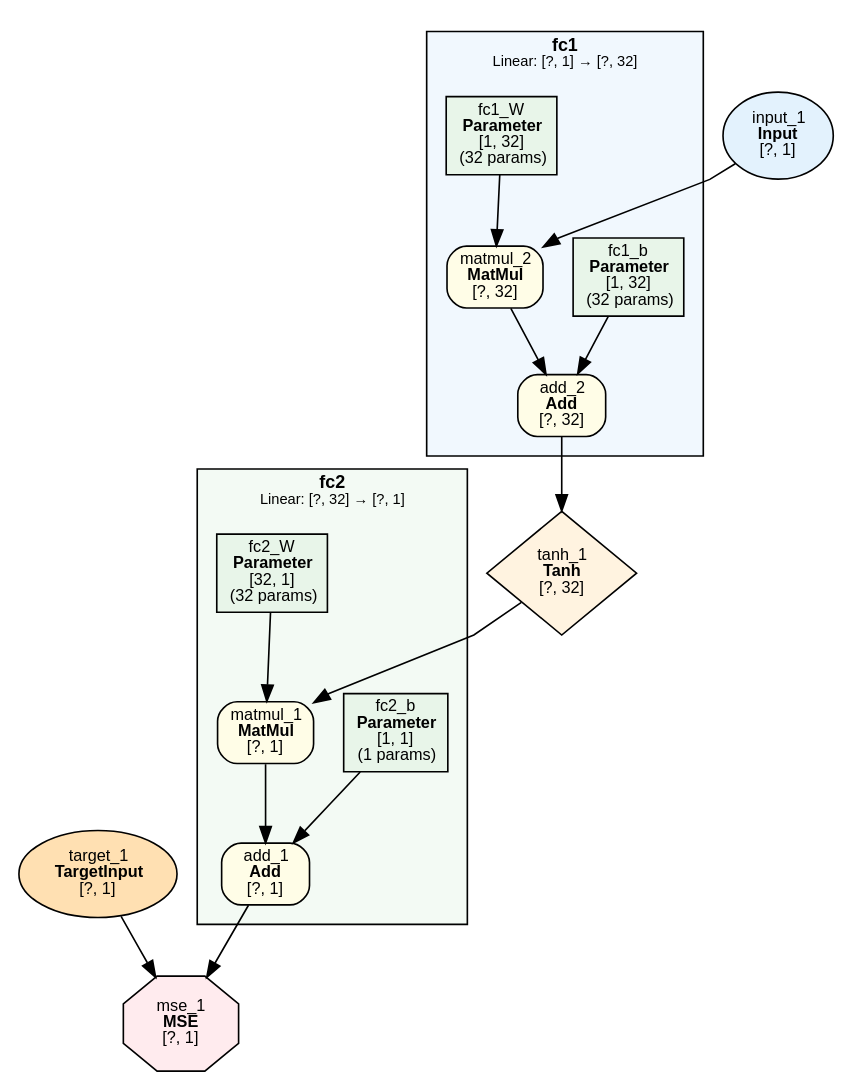
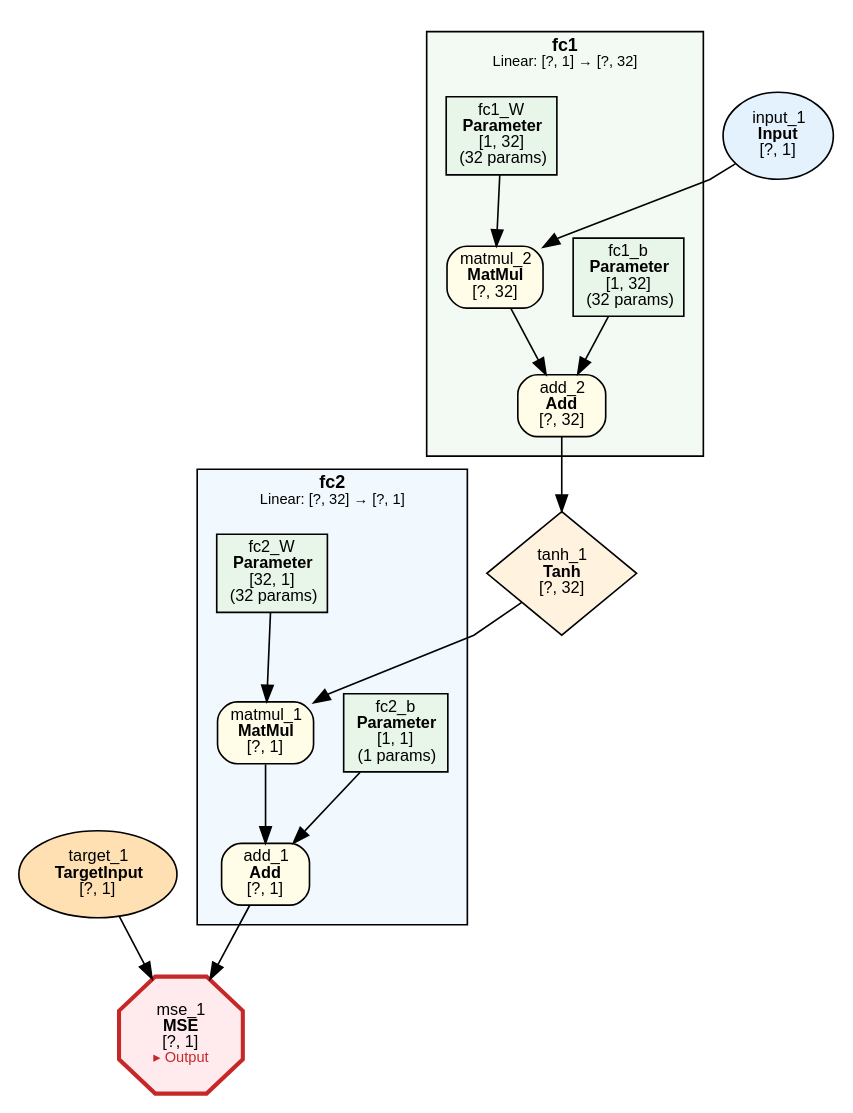
One commit to dbsxdbsx/only_torch changed the diagram in examples/sine_regression/sine_regression.dot. Above: the diagram before and after it, drawn with Graphviz. The commit also changed 48 other files, not shown here.

```diff
--- a/examples/sine_regression/sine_regression.dot
+++ b/examples/sine_regression/sine_regression.dot
@@ -1,50 +1,50 @@
 digraph ComputeGraph {
     rankdir=TB;
     newrank=true;
     splines=polyline;
     node [fontname="Microsoft YaHei,SimHei,Arial"];
     edge [fontname="Microsoft YaHei,SimHei,Arial"];
 
-    subgraph cluster_fc1 {
+    subgraph cluster_group_linear_1 {
+        label=<<B>fc2</B><BR/><FONT POINT-SIZE="9">Linear: [?, 32] → [?, 1]</FONT>>;
+        style=filled;
+        fillcolor="#E3F2FD80";
+        fontname="Microsoft YaHei,SimHei,Arial";
+        fontsize=11;
+        margin=12;
+            "2" [label=<add_1<BR/><B>Add</B><BR/>[?, 1]> shape=box style="filled,rounded" fillcolor="#FFFDE7" fontsize=10];
+            "4" [label=<matmul_1<BR/><B>MatMul</B><BR/>[?, 1]> shape=box style="filled,rounded" fillcolor="#FFFDE7" fontsize=10];
+            "5" [label=<fc2_b<BR/><B>Parameter</B><BR/>[1, 1]<BR/>(1 params)> shape=box style=filled fillcolor="#E8F5E9" fontsize=10];
+            "7" [label=<fc2_W<BR/><B>Parameter</B><BR/>[32, 1]<BR/>(32 params)> shape=box style=filled fillcolor="#E8F5E9" fontsize=10];
+    }
+
+    subgraph cluster_group_linear_0 {
         label=<<B>fc1</B><BR/><FONT POINT-SIZE="9">Linear: [?, 1] → [?, 32]</FONT>>;
         style=filled;
-        fillcolor="#E3F2FD80";
+        fillcolor="#E8F5E980";
         fontname="Microsoft YaHei,SimHei,Arial";
         fontsize=11;
         margin=12;
             "8" [label=<add_2<BR/><B>Add</B><BR/>[?, 32]> shape=box style="filled,rounded" fillcolor="#FFFDE7" fontsize=10];
             "9" [label=<matmul_2<BR/><B>MatMul</B><BR/>[?, 32]> shape=box style="filled,rounded" fillcolor="#FFFDE7" fontsize=10];
             "10" [label=<fc1_b<BR/><B>Parameter</B><BR/>[1, 32]<BR/>(32 params)> shape=box style=filled fillcolor="#E8F5E9" fontsize=10];
             "12" [label=<fc1_W<BR/><B>Parameter</B><BR/>[1, 32]<BR/>(32 params)> shape=box style=filled fillcolor="#E8F5E9" fontsize=10];
     }
 
-    subgraph cluster_fc2 {
-        label=<<B>fc2</B><BR/><FONT POINT-SIZE="9">Linear: [?, 32] → [?, 1]</FONT>>;
-        style=filled;
-        fillcolor="#E8F5E980";
-        fontname="Microsoft YaHei,SimHei,Arial";
-        fontsize=11;
-        margin=12;
-            "2" [label=<add_1<BR/><B>Add</B><BR/>[?, 1]> shape=box style="filled,rounded" fillcolor="#FFFDE7" fontsize=10];
-            "4" [label=<matmul_1<BR/><B>MatMul</B><BR/>[?, 1]> shape=box style="filled,rounded" fillcolor="#FFFDE7" fontsize=10];
-            "5" [label=<fc2_b<BR/><B>Parameter</B><BR/>[1, 1]<BR/>(1 params)> shape=box style=filled fillcolor="#E8F5E9" fontsize=10];
-            "7" [label=<fc2_W<BR/><B>Parameter</B><BR/>[32, 1]<BR/>(32 params)> shape=box style=filled fillcolor="#E8F5E9" fontsize=10];
-    }
-
-    "1" [label=<mse_1<BR/><B>MSE</B><BR/>[?, 1]> shape=octagon style=filled fillcolor="#FFEBEE" fontsize=10];
+    "1" [label=<mse_1<BR/><B>MSE</B><BR/>[?, 1]<BR/><FONT COLOR="#C62828" POINT-SIZE="9">▸ Output</FONT>> shape=octagon style=filled fillcolor="#FFEBEE" fontsize=10 penwidth=2.5 color="#C62828"];
     "3" [label=<target_1<BR/><B>TargetInput</B><BR/>[?, 1]> shape=ellipse style=filled fillcolor="#FFE0B2" fontsize=10];
     "6" [label=<tanh_1<BR/><B>Tanh</B><BR/>[?, 32]> shape=diamond style=filled fillcolor="#FFF3E0" fontsize=10];
     "11" [label=<input_1<BR/><B>Input</B><BR/>[?, 1]> shape=ellipse style=filled fillcolor="#E3F2FD" fontsize=10];
 
     "2" -> "1";
     "3" -> "1";
     "4" -> "2";
     "5" -> "2";
     "6" -> "4";
     "7" -> "4";
     "8" -> "6";
     "9" -> "8";
     "10" -> "8";
     "11" -> "9";
     "12" -> "9";
 }
```
